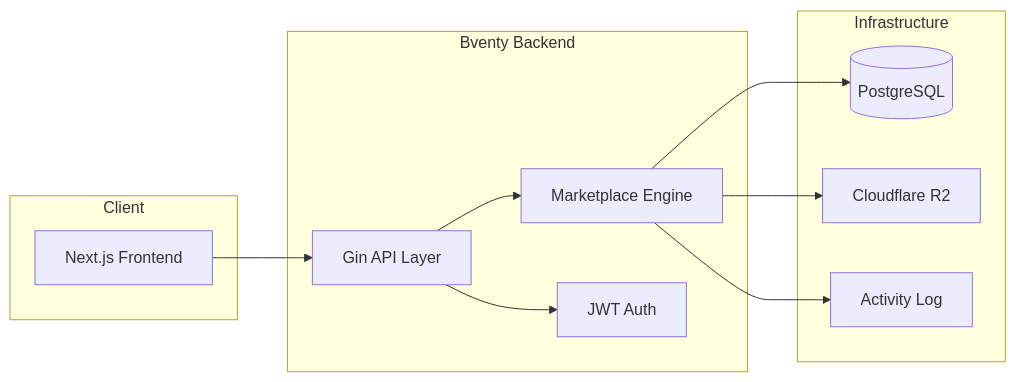
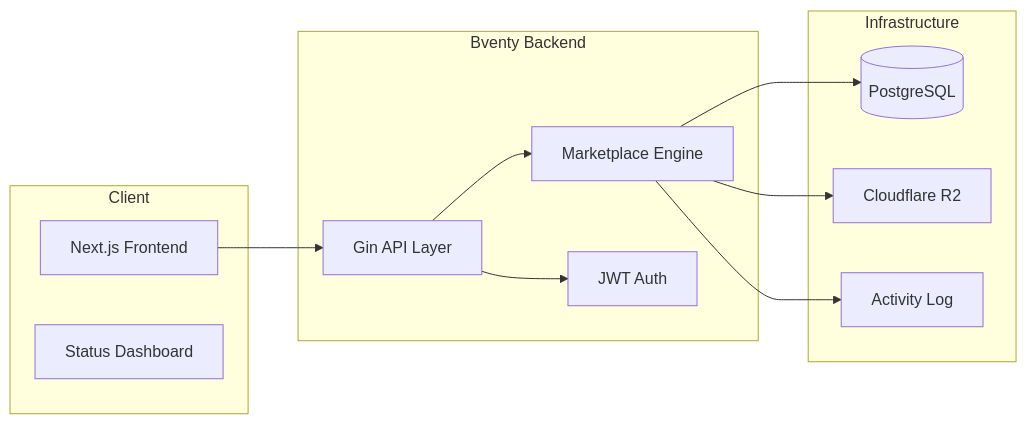
One commit to bventy/backend changed the second of 2 diagrams in README.md. Above: the diagram before and after it, drawn with Mermaid.

Commit message:
docs: add status subdomain to architecture diagrams

````diff
--- a/README.md
+++ b/README.md
@@ -63,25 +63,26 @@
 ```mermaid
 graph LR
     subgraph Client
     FE[Next.js Frontend]
+    Status[Status Dashboard]
     end
     
     subgraph Bventy Backend
     API[Gin API Layer]
     Logic[Marketplace Engine]
     Auth[JWT Auth]
     end
     
     subgraph Infrastructure
     DB[(PostgreSQL)]
     Storage[Cloudflare R2]
     Logs[Activity Log]
     end
     
     FE --> API
     API --> Auth
     API --> Logic
     Logic --> DB
     Logic --> Storage
     Logic --> Logs
 ```
````
